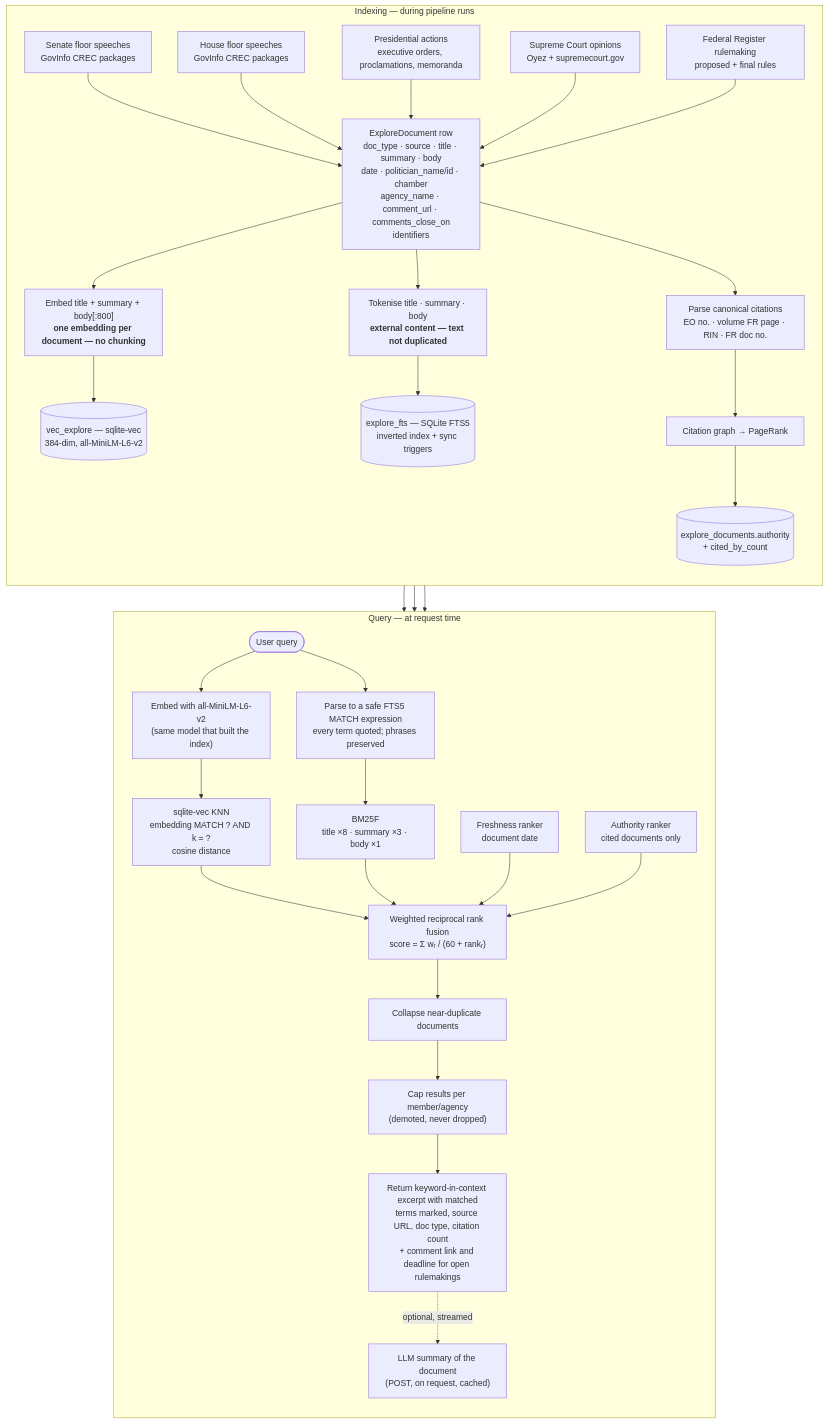
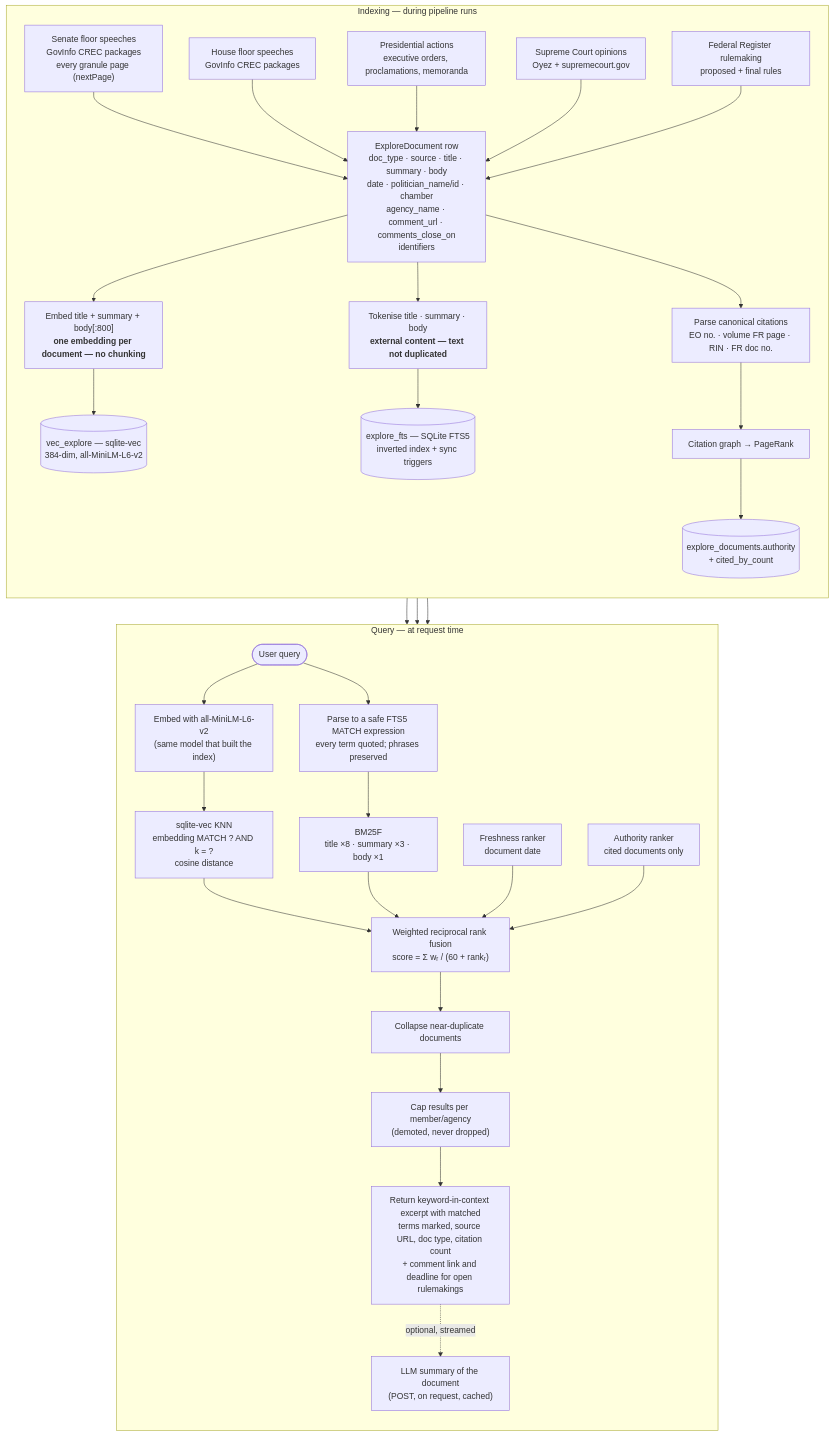
One commit to kamoras/civitas changed the diagram in docs/diagrams/09-explore-search.md. Above: the diagram before and after it, drawn with Mermaid. The commit also changed 5 other files, not shown here.

First line of the commit message:
fix(explore): read every Congressional Record granule, and never cache a failed listing

````diff
--- a/docs/diagrams/09-explore-search.md
+++ b/docs/diagrams/09-explore-search.md
@@ -9,53 +9,53 @@
 ```mermaid
 flowchart TB
     subgraph INDEX["Indexing — during pipeline runs"]
         direction TB
-        S1["Senate floor speeches<br/>GovInfo CREC packages"]
+        S1["Senate floor speeches<br/>GovInfo CREC packages<br/>every granule page (nextPage)"]
         S2["House floor speeches<br/>GovInfo CREC packages"]
         S3["Presidential actions<br/>executive orders, proclamations, memoranda"]
         S4["Supreme Court opinions<br/>Oyez + supremecourt.gov"]
         S5["Federal Register rulemaking<br/>proposed + final rules"]
 
         S1 --> DOC
         S2 --> DOC
         S3 --> DOC
         S4 --> DOC
         S5 --> DOC
 
         DOC["ExploreDocument row<br/>doc_type · source · title · summary · body<br/>date · politician_name/id · chamber<br/>agency_name · comment_url · comments_close_on<br/>identifiers"]
 
         DOC --> EMB["Embed title + summary + body[:800]<br/><b>one embedding per document — no chunking</b>"]
         DOC --> FTS["Tokenise title · summary · body<br/><b>external content — text not duplicated</b>"]
         DOC --> CITE["Parse canonical citations<br/>EO no. · volume FR page · RIN · FR doc no."]
 
         EMB --> UPSERT[("vec_explore — sqlite-vec<br/>384-dim, all-MiniLM-L6-v2")]
         FTS --> FTSIDX[("explore_fts — SQLite FTS5<br/>inverted index + sync triggers")]
         CITE --> GRAPH["Citation graph → PageRank"]
         GRAPH --> AUTH[("explore_documents.authority<br/>+ cited_by_count")]
     end
 
     subgraph QUERY["Query — at request time"]
         direction TB
         Q(["User query"])
         Q --> QEMB["Embed with all-MiniLM-L6-v2<br/>(same model that built the index)"]
         Q --> QPARSE["Parse to a safe FTS5 MATCH expression<br/>every term quoted; phrases preserved"]
 
         QEMB --> ANN["sqlite-vec KNN<br/>embedding MATCH ? AND k = ?<br/>cosine distance"]
         QPARSE --> BM25["BM25F<br/>title ×8 · summary ×3 · body ×1"]
 
         ANN --> FUSE
         BM25 --> FUSE
         FRESH["Freshness ranker<br/>document date"] --> FUSE
         AUTHR["Authority ranker<br/>cited documents only"] --> FUSE
 
         FUSE["Weighted reciprocal rank fusion<br/>score = Σ wᵣ / (60 + rankᵣ)"]
         FUSE --> DEDUP["Collapse near-duplicate documents"]
         DEDUP --> DIV["Cap results per member/agency<br/>(demoted, never dropped)"]
         DIV --> OUT["Return keyword-in-context excerpt with matched<br/>terms marked, source URL, doc type, citation count<br/>+ comment link and deadline for open rulemakings"]
         OUT -.->|"optional, streamed"| SUM["LLM summary of the document<br/>(POST, on request, cached)"]
     end
 
     UPSERT --> ANN
     FTSIDX --> BM25
     AUTH --> AUTHR
 ```
````
